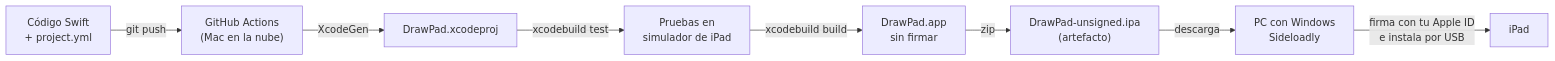
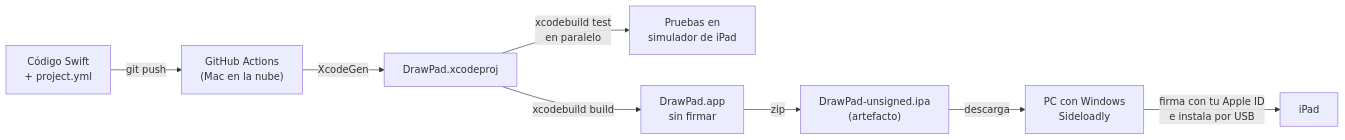
One commit to jhonjairo6230/DrawPad changed the first of 3 diagrams in docs/compilacion-e-instalacion.md. Above: the diagram before and after it, drawn with Mermaid. The commit also changed other lines of this file and 5 other files, not shown here.

First line of the commit message:
Separar el workflow en IPA y Pruebas en paralelo; añadir ramas fix/

````diff
--- a/docs/compilacion-e-instalacion.md
+++ b/docs/compilacion-e-instalacion.md
@@ -9,10 +9,10 @@
 ```mermaid
 flowchart LR
     A["Código Swift<br/>+ project.yml"] -->|git push| B["GitHub Actions<br/>(Mac en la nube)"]
     B -->|XcodeGen| C["DrawPad.xcodeproj"]
-    C -->|xcodebuild test| D["Pruebas en<br/>simulador de iPad"]
-    D -->|xcodebuild build| E["DrawPad.app<br/>sin firmar"]
+    C -->|xcodebuild test<br/>en paralelo| D["Pruebas en<br/>simulador de iPad"]
+    C -->|xcodebuild build| E["DrawPad.app<br/>sin firmar"]
     E -->|zip| F["DrawPad-unsigned.ipa<br/>(artefacto)"]
     F -->|descarga| G["PC con Windows<br/>Sideloadly"]
     G -->|firma con tu Apple ID<br/>e instala por USB| H["iPad"]
 ```
````
